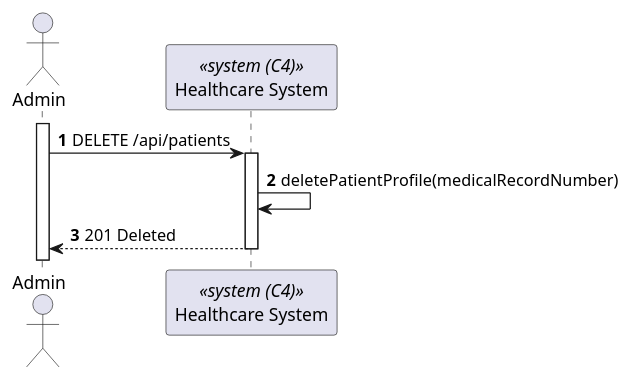
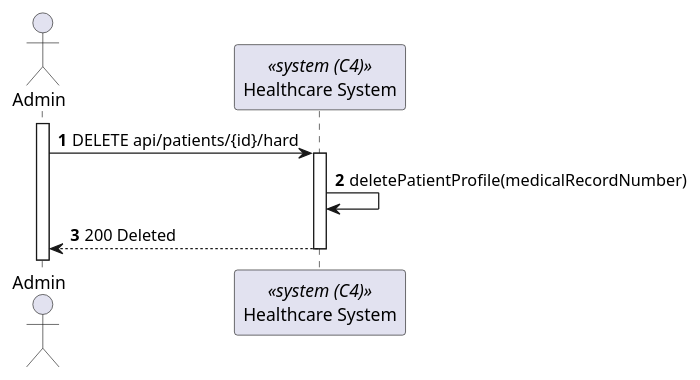
Before and after one commit to Lapr5G21/sem5pi-24-25-3ddg21: the diagram in docs/PatientProfileDelete/views/level2/process_view.puml, drawn with PlantUML. The commit also changed 31 other files, not shown here.

```diff
--- a/docs/PatientProfileDelete/views/level2/process_view.puml
+++ b/docs/PatientProfileDelete/views/level2/process_view.puml
@@ -1,16 +1,16 @@
-@startuml Patient Profile Delete (level 2)
+@startuml PatientProfileDelete(level2)
 
 autonumber
 actor Admin as "Admin"
 participant SYS as "Healthcare System" <<system (C4)>>
 
 activate Admin
 
-Admin-> SYS : DELETE /api/patients
+Admin-> SYS : DELETE api/patients/{id}/hard
 activate SYS
 
 SYS -> SYS : deletePatientProfile(medicalRecordNumber)
-SYS--> Admin : 201 Deleted
+SYS--> Admin : 200 Deleted
 deactivate SYS
 
 @enduml
```
